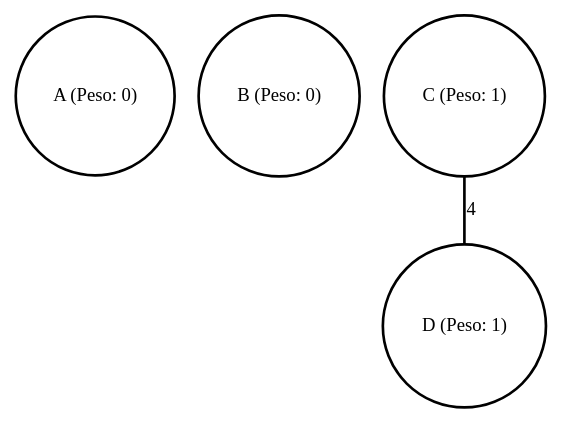
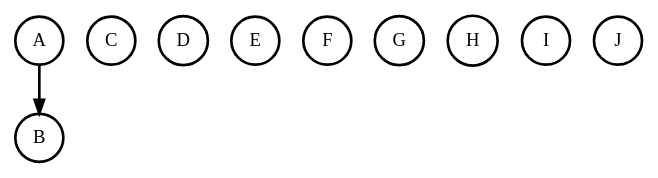
One commit to Scrow-rgb/trabalho-grafos changed the diagram in grafo.dot. Above: the diagram before and after it, drawn with Graphviz. The commit also changed 1 other file, not shown here.

```diff
--- a/grafo.dot
+++ b/grafo.dot
@@ -1,7 +1,13 @@
-graph G {
-    0 [label="A (Peso: 0)", penwidth=2, shape="circle"];
-    1 [label="B (Peso: 0)", penwidth=2, shape="circle"];
-    2 [label="C (Peso: 1)", penwidth=2, shape="circle"];
-    3 [label="D (Peso: 1)", penwidth=2, shape="circle"];
-    2 -- 3 [penwidth=2, color=black, label="4"];
+digraph G {
+    0 [label="A", penwidth=2, shape="circle"];
+    1 [label="B", penwidth=2, shape="circle"];
+    2 [label="C", penwidth=2, shape="circle"];
+    3 [label="D", penwidth=2, shape="circle"];
+    4 [label="E", penwidth=2, shape="circle"];
+    5 [label="F", penwidth=2, shape="circle"];
+    6 [label="G", penwidth=2, shape="circle"];
+    7 [label="H", penwidth=2, shape="circle"];
+    8 [label="I", penwidth=2, shape="circle"];
+    9 [label="J", penwidth=2, shape="circle"];
+    0 -> 1 [penwidth=2, color=black];
 }
```
